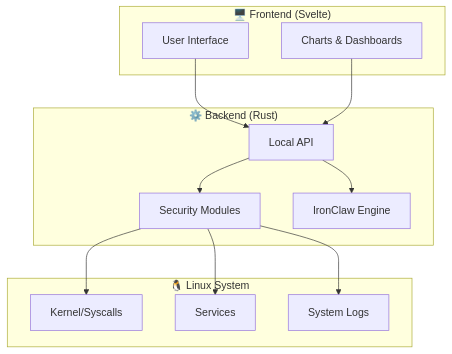
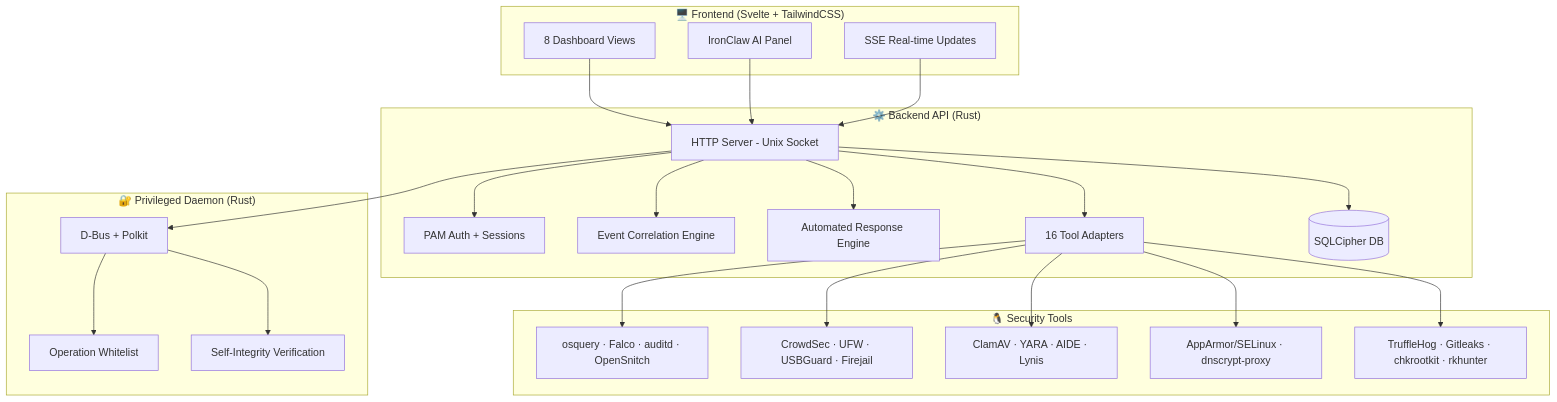
Before and after one commit to catitodev/linux-sec-home-command-center: the diagram in README_EN.md, drawn with Mermaid. The commit also changed other lines of this file and 2 other files, not shown here.

````diff
--- a/README_EN.md
+++ b/README_EN.md
@@ -93,27 +118,48 @@
 ```mermaid
 graph TB
-    subgraph Frontend["🖥️ Frontend (Svelte)"]
-        UI[User Interface]
-        Charts[Charts & Dashboards]
+    subgraph Frontend["🖥️ Frontend (Svelte + TailwindCSS)"]
+        UI[8 Dashboard Views]
+        IC[IronClaw AI Panel]
+        SSE[SSE Real-time Updates]
     end
 
-    subgraph Backend["⚙️ Backend (Rust)"]
-        API[Local API]
-        Security[Security Modules]
-        AI[IronClaw Engine]
+    subgraph Backend["⚙️ Backend API (Rust)"]
+        API[HTTP Server - Unix Socket]
+        Auth[PAM Auth + Sessions]
+        Correlator[Event Correlation Engine]
+        Response[Automated Response Engine]
+        Tools[16 Tool Adapters]
+        DB[(SQLCipher DB)]
     end
 
-    subgraph System["🐧 Linux System"]
-        Kernel[Kernel/Syscalls]
-        Services[Services]
-        Logs[System Logs]
+    subgraph Daemon["🔐 Privileged Daemon (Rust)"]
+        DBus[D-Bus + Polkit]
+        Whitelist[Operation Whitelist]
+        Integrity[Self-Integrity Verification]
+    end
+
+    subgraph SecurityTools["🐧 Security Tools"]
+        T1[osquery · Falco · auditd · OpenSnitch]
+        T2[CrowdSec · UFW · USBGuard · Firejail]
+        T3[ClamAV · YARA · AIDE · Lynis]
+        T4[AppArmor/SELinux · dnscrypt-proxy]
+        T5[TruffleHog · Gitleaks · chkrootkit · rkhunter]
     end
 
     UI --> API
-    Charts --> API
-    API --> Security
-    API --> AI
-    Security --> Kernel
-    Security --> Services
-    Security --> Logs
+    IC --> API
+    SSE --> API
+    API --> Auth
+    API --> Correlator
+    API --> Response
+    API --> Tools
+    API --> DB
+    API --> DBus
+    DBus --> Whitelist
+    DBus --> Integrity
+    Tools --> T1
+    Tools --> T2
+    Tools --> T3
+    Tools --> T4
+    Tools --> T5
 ```
````
